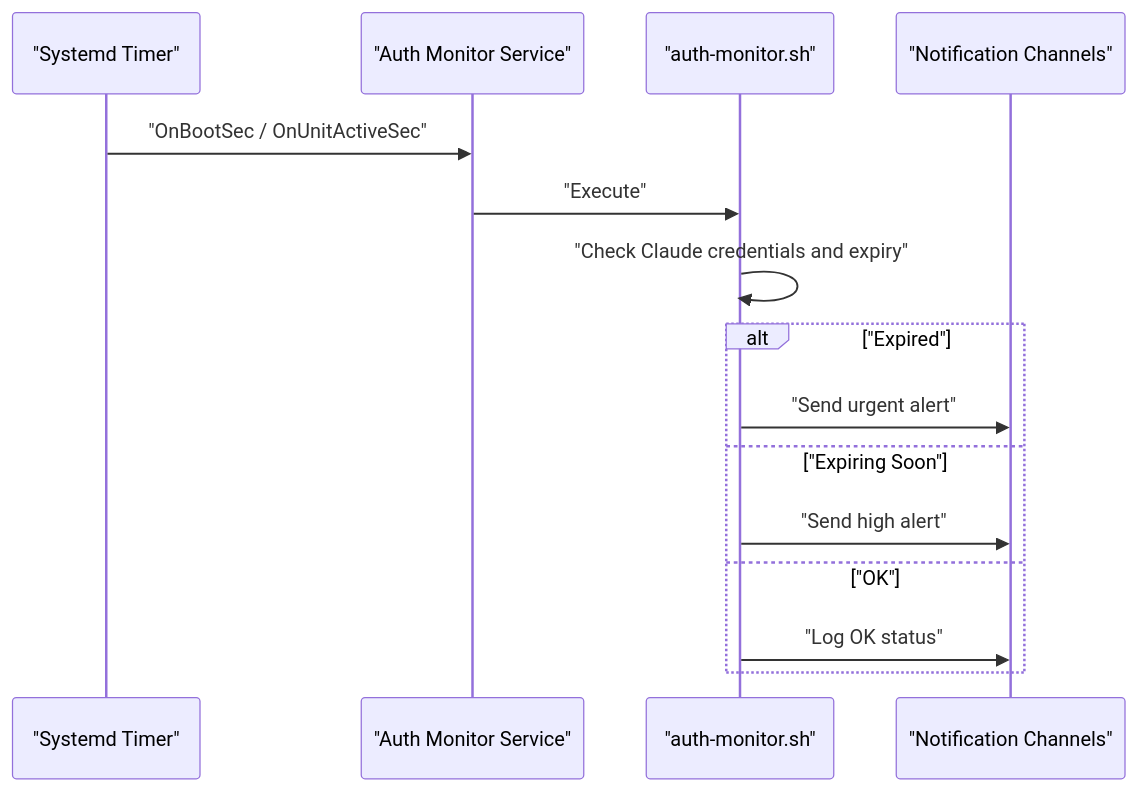
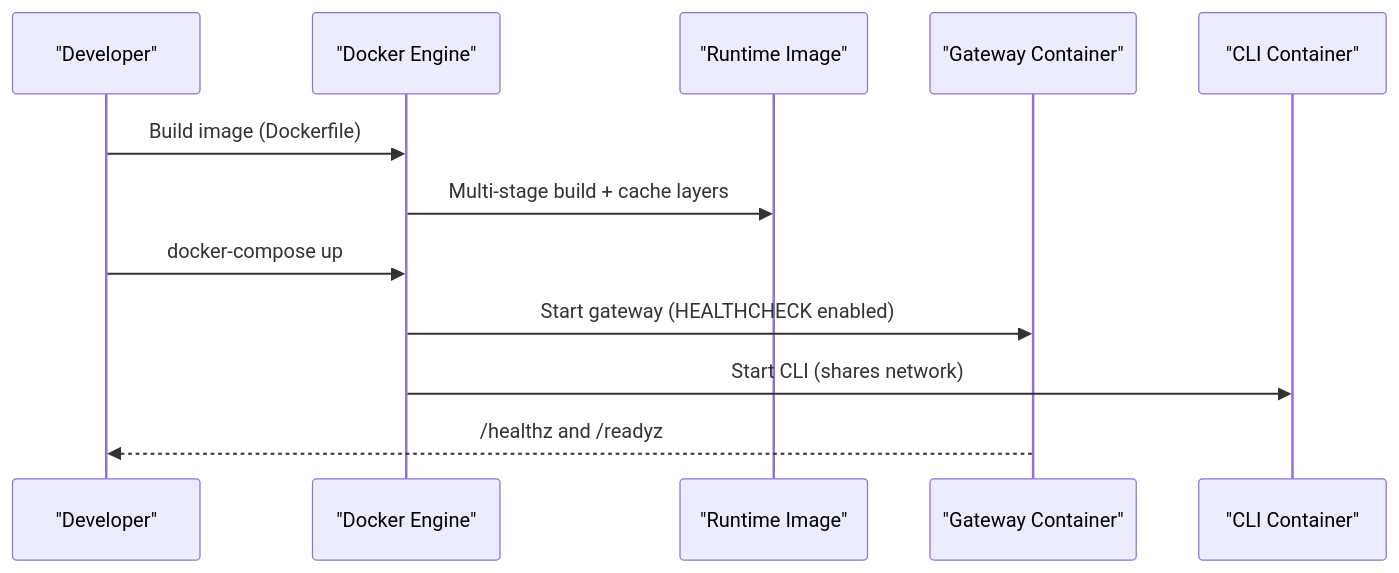
Before and after one commit to botx-work/OpenClaw-Internals: the third of 7 diagrams in repowiki/en/content/Deployment & Operations/Deployment & Operations.md, drawn with Mermaid. The commit also changed other lines of this file and 332 other files, not shown here.

````diff
--- a/repowiki/en/content/Deployment & Operations/Deployment & Operations.md
+++ b/repowiki/en/content/Deployment & Operations/Deployment & Operations.md
@@ -214,17 +169,14 @@
 ```mermaid
 sequenceDiagram
-participant Timer as "Systemd Timer"
-participant Service as "Auth Monitor Service"
-participant Script as "auth-monitor.sh"
-participant Notify as "Notification Channels"
-Timer->>Service : "OnBootSec / OnUnitActiveSec"
-Service->>Script : "Execute"
-Script->>Script : "Check Claude credentials and expiry"
-alt "Expired"
-Script->>Notify : "Send urgent alert"
-else "Expiring Soon"
-Script->>Notify : "Send high alert"
-else "OK"
-Script->>Notify : "Log OK status"
-end
+participant Dev as "Developer"
+participant Docker as "Docker Engine"
+participant Image as "Runtime Image"
+participant C_GW as "Gateway Container"
+participant C_CLI as "CLI Container"
+Dev->>Docker : Build image (Dockerfile)
+Docker->>Image : Multi-stage build + cache layers
+Dev->>Docker : docker-compose up
+Docker->>C_GW : Start gateway (HEALTHCHECK enabled)
+Docker->>C_CLI : Start CLI (shares network)
+C_GW-->>Dev : /healthz and /readyz
 ```
````
